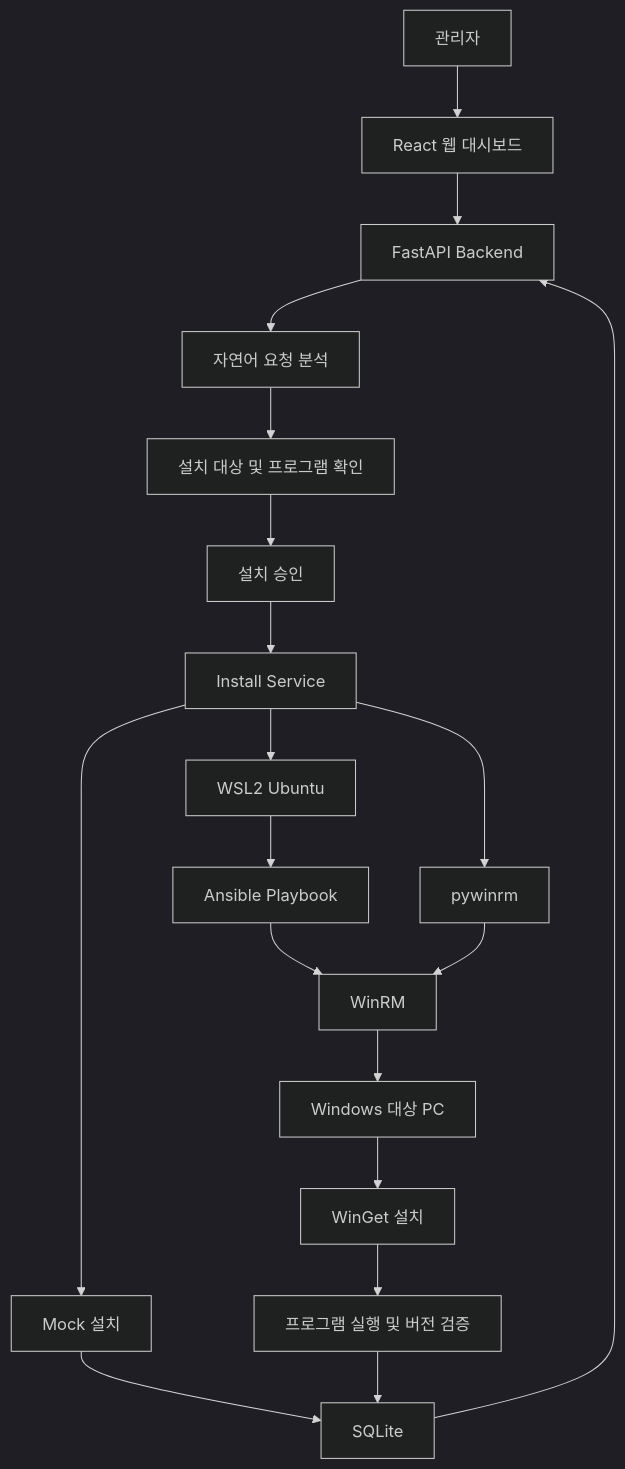
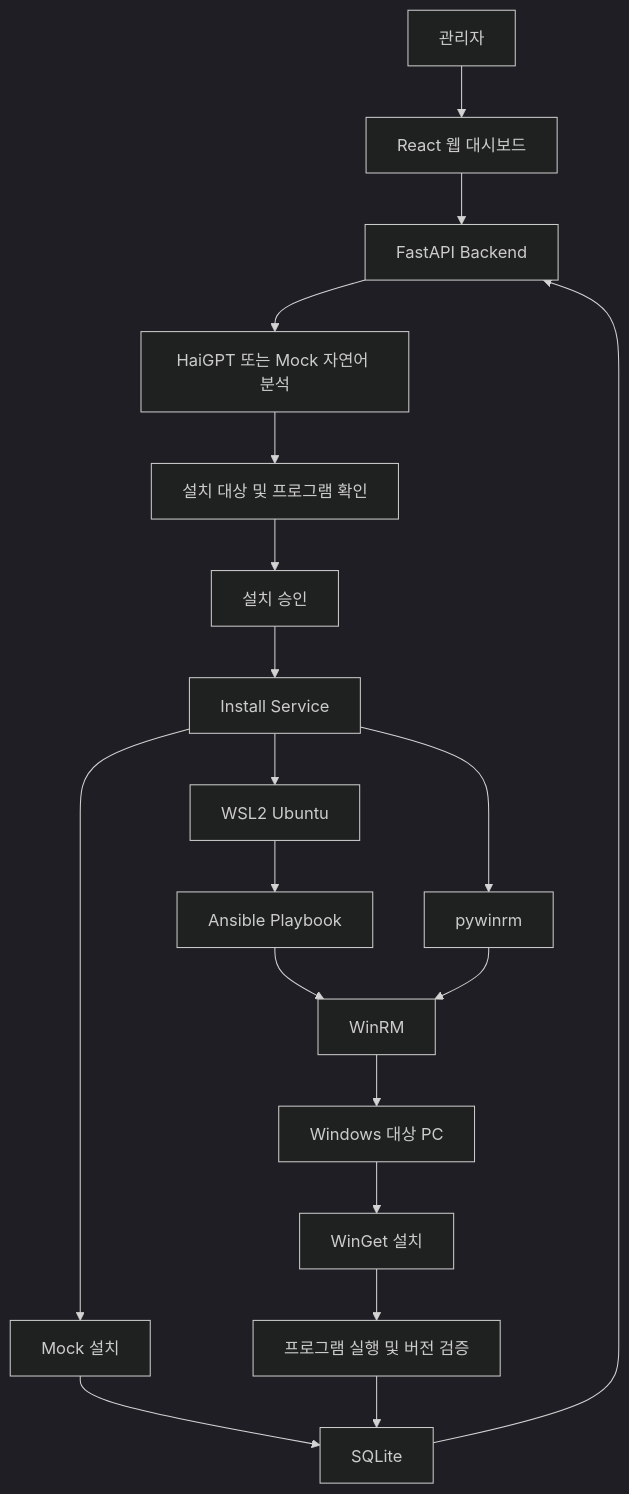
Before and after one commit to ssw12099/openSW_InstallONE_1team: the diagram in development/README.md, drawn with Mermaid (dark theme). The commit also changed other lines of this file and 2 other files, not shown here.

Commit message:
feat: HaiGPT 실제 API 연동 및 자연어 기반 원격 설치 구현

````diff
--- a/development/README.md
+++ b/development/README.md
@@ -42,25 +42,25 @@
 ```mermaid
 flowchart TD
     A[관리자] --> B[React 웹 대시보드]
     B --> C[FastAPI Backend]
-    C --> D[자연어 요청 분석]
+    C --> D[HaiGPT 또는 Mock 자연어 분석]
     D --> E[설치 대상 및 프로그램 확인]
     E --> F[설치 승인]
     F --> G[Install Service]
 
     G --> H[Mock 설치]
     G --> I[pywinrm]
     G --> J[WSL2 Ubuntu]
 
     J --> K[Ansible Playbook]
     K --> L[WinRM]
     I --> L
 
     L --> M[Windows 대상 PC]
     M --> N[WinGet 설치]
     N --> O[프로그램 실행 및 버전 검증]
 
     H --> P[SQLite]
     O --> P
     P --> C
 ```
````
